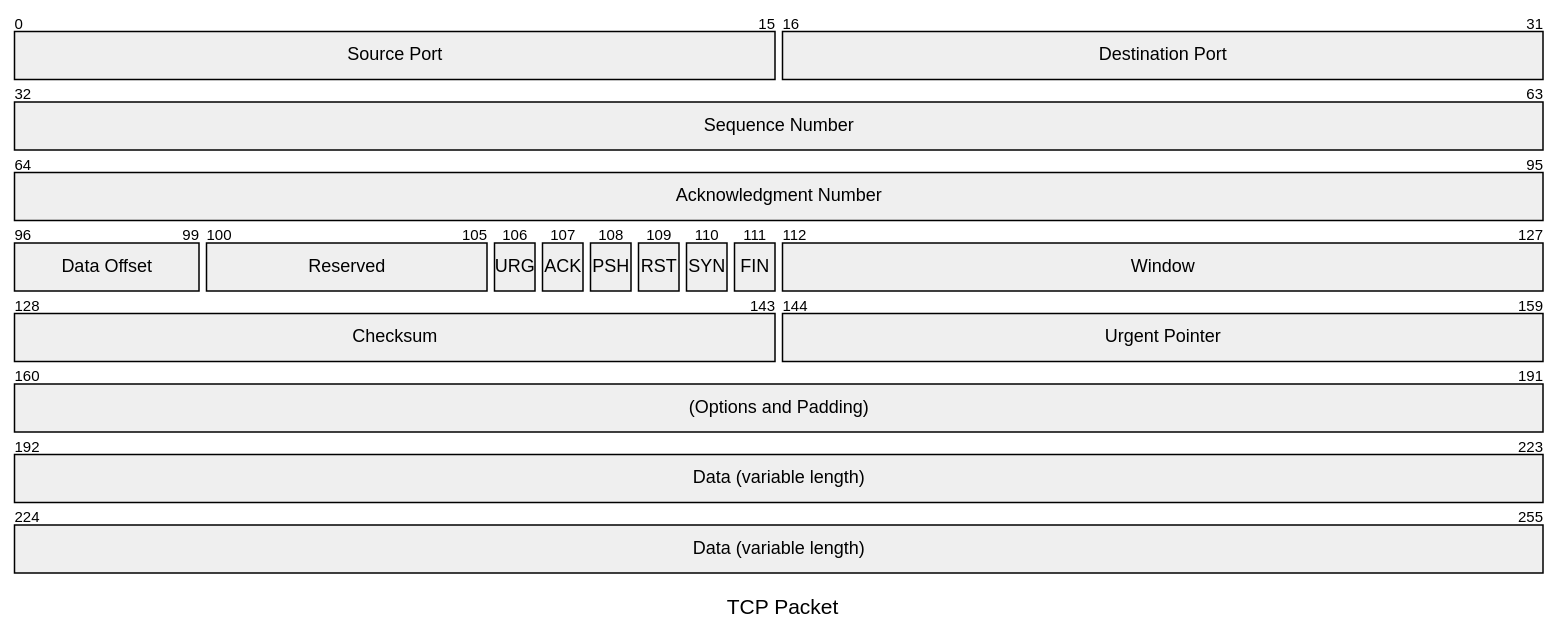
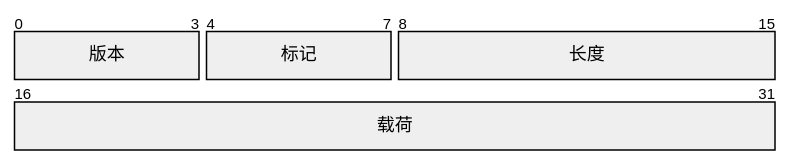
Before and after one commit to sj-shijin/hp-rspress: the eighth of 32 diagrams in site/projects/cinderfolio/pele/index.mdx, drawn with Mermaid. The commit also changed other lines of this file and 6 other files, not shown here.

Commit message:
docs(cinderfolio): 整理分类预览并添加语言图标

````diff
--- a/site/projects/cinderfolio/pele/index.mdx
+++ b/site/projects/cinderfolio/pele/index.mdx
@@ -320,23 +154,12 @@
 ```mermaid
 ---
-title: "TCP Packet"
+config:
+  packet:
+    bitsPerRow: 16
 ---
 packet
-0-15: "Source Port"
-16-31: "Destination Port"
-32-63: "Sequence Number"
-64-95: "Acknowledgment Number"
-96-99: "Data Offset"
-100-105: "Reserved"
-106: "URG"
-107: "ACK"
-108: "PSH"
-109: "RST"
-110: "SYN"
-111: "FIN"
-112-127: "Window"
-128-143: "Checksum"
-144-159: "Urgent Pointer"
-160-191: "(Options and Padding)"
-192-255: "Data (variable length)"
+0-3: "版本"
+4-7: "标记"
+8-15: "长度"
+16-31: "载荷"
 ```
````
